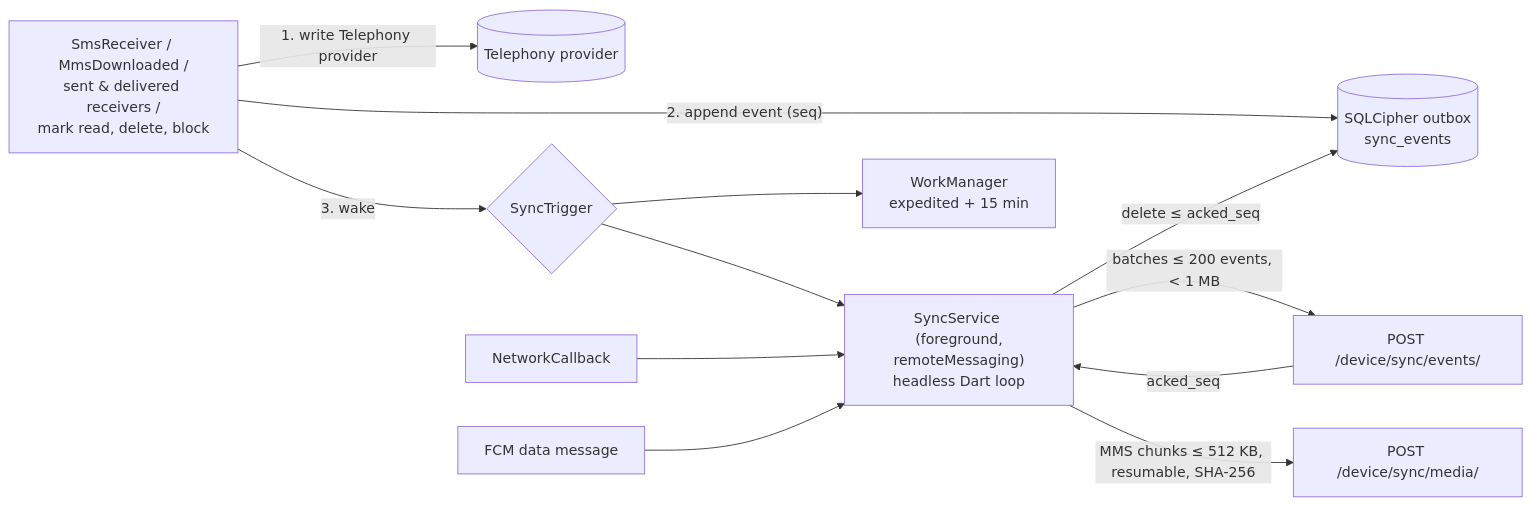
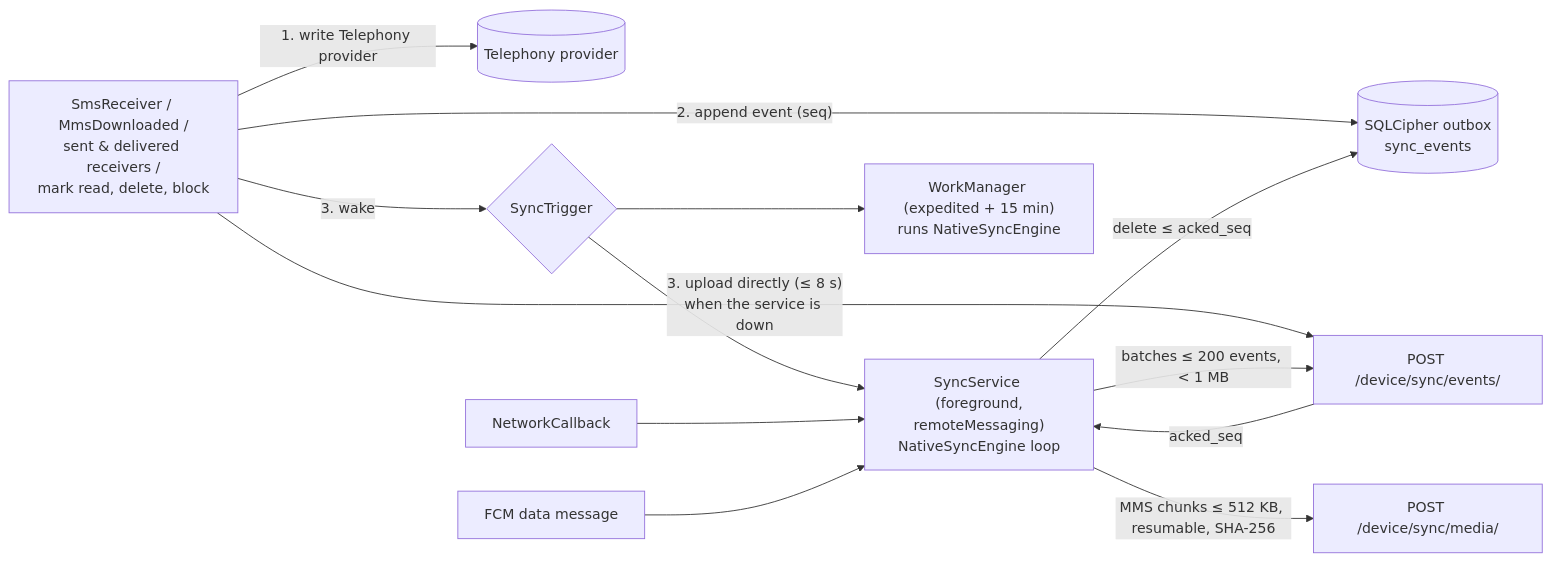
One commit to akilainnocent3/communication-app changed the second of 3 diagrams in docs/sms-mobile.md. Above: the diagram before and after it, drawn with Mermaid. The commit also changed other lines of this file and 3 other files, not shown here.

````diff
--- a/docs/sms-mobile.md
+++ b/docs/sms-mobile.md
@@ -71,14 +79,15 @@
 ```mermaid
 flowchart LR
   R["SmsReceiver / MmsDownloaded /<br/>sent & delivered receivers /<br/>mark read, delete, block"] -->|"1. write Telephony provider"| P[(Telephony provider)]
   R -->|"2. append event (seq)"| O[(SQLCipher outbox<br/>sync_events)]
   R -->|"3. wake"| T{SyncTrigger}
-  T --> S["SyncService (foreground,<br/>remoteMessaging)<br/>headless Dart loop"]
-  T --> W[WorkManager<br/>expedited + 15 min]
+  R -->|"3. upload directly (≤ 8 s)<br/>when the service is down"| API
+  T --> S["SyncService (foreground,<br/>remoteMessaging)<br/>NativeSyncEngine loop"]
+  T --> W["WorkManager (expedited + 15 min)<br/>runs NativeSyncEngine"]
   N[NetworkCallback] --> S
   F[FCM data message] --> S
   S -->|"batches ≤ 200 events, < 1 MB"| API["POST /device/sync/events/"]
   API -->|"acked_seq"| S
   S -->|"delete ≤ acked_seq"| O
   S -->|"MMS chunks ≤ 512 KB, resumable, SHA-256"| M["POST /device/sync/media/"]
 ```
````
